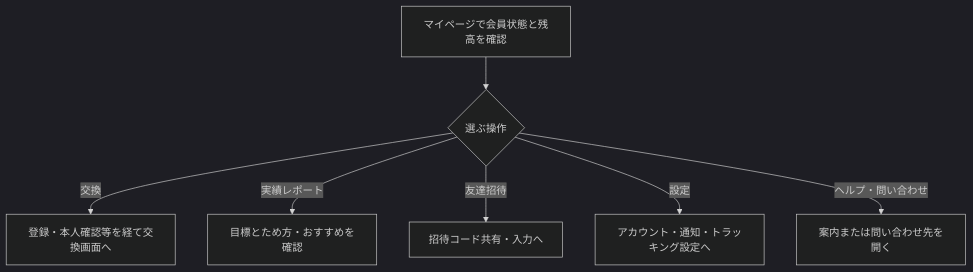
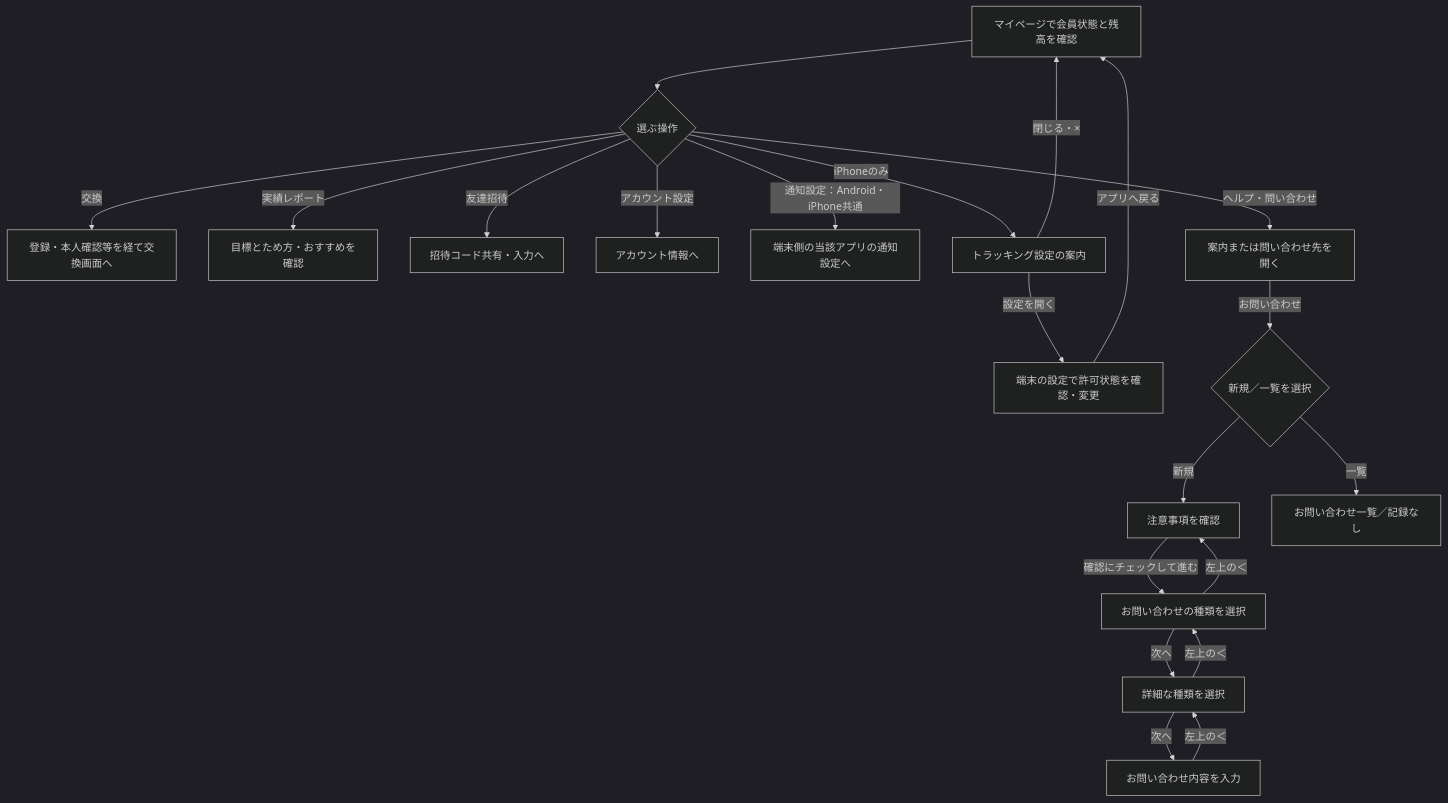
Before and after one commit to Min-Thu-Khant/pochipo-mock-en: the diagram in docs/prd/features/F18-mypage-support.md, drawn with Mermaid (dark theme). The commit also changed other lines of this file and 15 other files, not shown here.

````diff
--- a/docs/prd/features/F18-mypage-support.md
+++ b/docs/prd/features/F18-mypage-support.md
@@ -48,9 +49,23 @@
 ```mermaid
 flowchart TD
   A["マイページで会員状態と残高を確認"] --> B{"選ぶ操作"}
   B -->|交換| C["登録・本人確認等を経て交換画面へ"]
   B -->|実績レポート| D["目標とため方・おすすめを確認"]
   B -->|友達招待| E["招待コード共有・入力へ"]
-  B -->|設定| F["アカウント・通知・トラッキング設定へ"]
+  B -->|アカウント設定| F["アカウント情報へ"]
+  B -->|通知設定：Android・iPhone共通| P["端末側の当該アプリの通知設定へ"]
+  B -->|iPhoneのみ| H["トラッキング設定の案内"]
+  H -->|設定を開く| I["端末の設定で許可状態を確認・変更"]
+  H -->|閉じる・×| A
+  I -->|アプリへ戻る| A
   B -->|ヘルプ・問い合わせ| G["案内または問い合わせ先を開く"]
+  G -->|お問い合わせ| J{"新規／一覧を選択"}
+  J -->|新規| K["注意事項を確認"]
+  K -->|確認にチェックして進む| L["お問い合わせの種類を選択"]
+  L -->|次へ| N["詳細な種類を選択"]
+  N -->|次へ| O["お問い合わせ内容を入力"]
+  O -->|左上の＜| N
+  N -->|左上の＜| L
+  L -->|左上の＜| K
+  J -->|一覧| M["お問い合わせ一覧／記録なし"]
 ```
````
